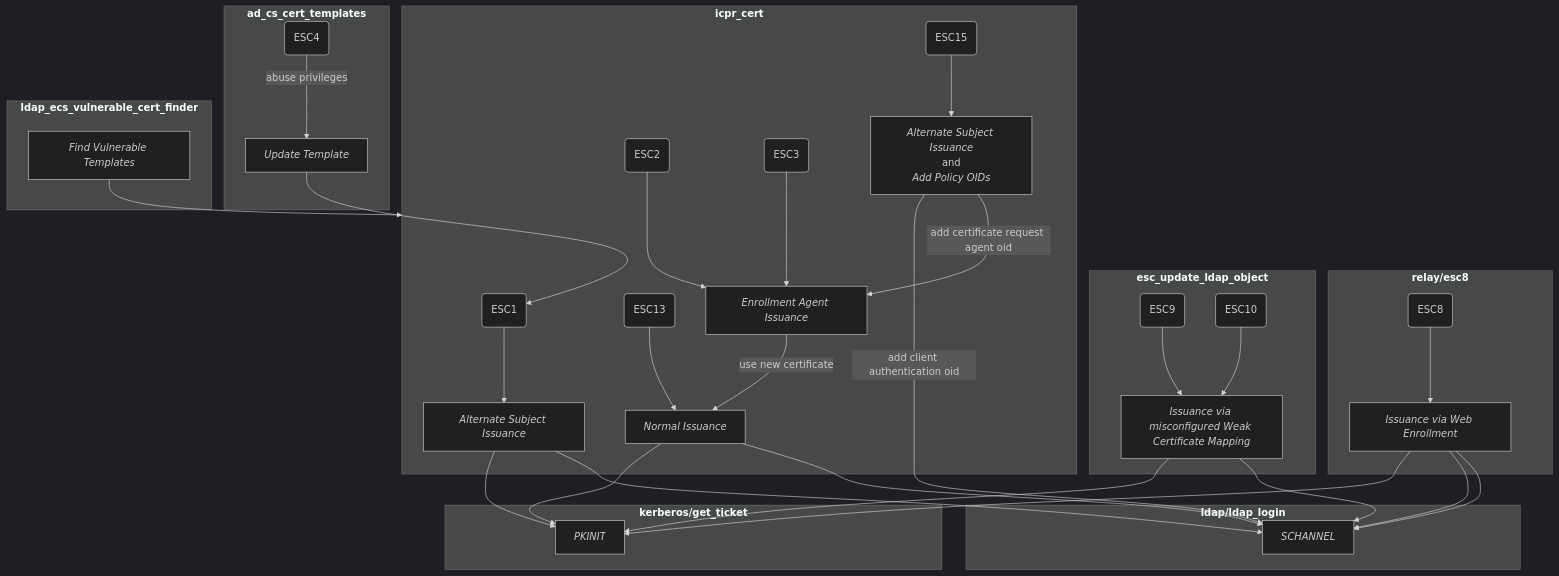
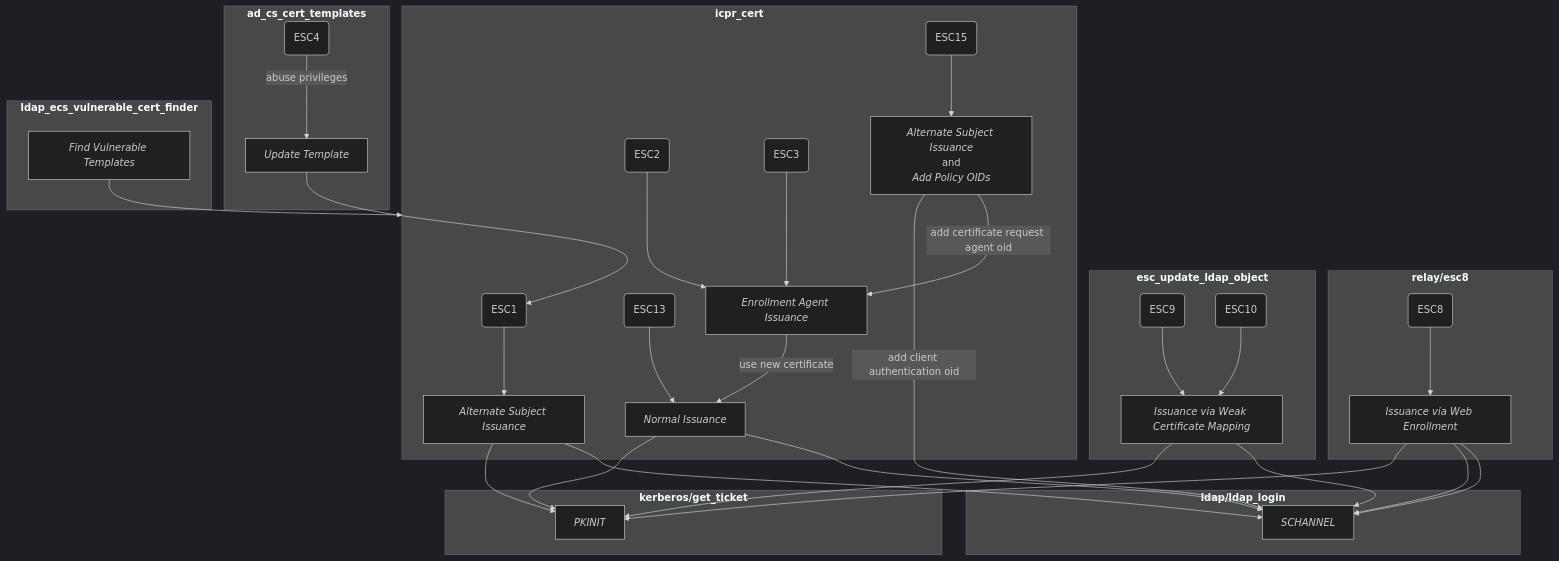
The first of 2 diagrams in docs/metasploit-framework.wiki/ad-certificates/Attacking-AD-CS-ESC-Vulnerabilities.md (rapid7/metasploit-framework), drawn with Mermaid (dark theme) before and after one commit.

````diff
--- a/docs/metasploit-framework.wiki/ad-certificates/Attacking-AD-CS-ESC-Vulnerabilities.md
+++ b/docs/metasploit-framework.wiki/ad-certificates/Attacking-AD-CS-ESC-Vulnerabilities.md
@@ -6,56 +6,56 @@
 ```mermaid
 flowchart TD
     subgraph ad_cs_cert_templates[<b>ad_cs_cert_templates</b>]
         ESC4(ESC4)
         update_template[<i>Update Template</i>]
         ESC4 -- abuse privileges --> update_template
     end
     subgraph relay/esc8[<b>relay/esc8</b>]
         ESC8(ESC8)
         ESC8 --> web_enrollment[<i>Issuance via Web Enrollment</i>]
     end
     subgraph esc_update_ldap_object[<b>esc_update_ldap_object</b>]
-        ESC9(ESC9) --> weak_certificate_mapping[<i>Issuance via misconfigured Weak Certificate Mapping</i>]
-        ESC10(ESC10) --> weak_certificate_mapping[<i>Issuance via misconfigured Weak Certificate Mapping</i>]
+        ESC9(ESC9) --> weak_certificate_mapping[<i>Issuance via Weak Certificate Mapping</i>]
+        ESC10(ESC10) --> weak_certificate_mapping[<i>Issuance via Weak Certificate Mapping</i>]
     end
     subgraph icpr_cert[<b>icpr_cert</b>]
         ESC1(ESC1)
         ESC2(ESC2)
         ESC3(ESC3)
         ESC13(ESC13)
         ESC15(ESC15)
         alt_subject[<i>Alternate Subject Issuance</i>]
         add_policies[<i>Alternate Subject Issuance</i><br>and<br><i>Add Policy OIDs</i>]
         as_eagent[<i>Enrollment Agent Issuance</i>]
         normal[<i>Normal Issuance</i>]
 
         ESC1 --> alt_subject
         ESC2 --> as_eagent
         ESC3 --> as_eagent
         ESC13 --> normal
         ESC15 --> add_policies
         as_eagent -- use new certificate --> normal
     end
     subgraph kerberos/get_ticket[<b>kerberos/get_ticket</b>]
         PKINIT[<i>PKINIT</i>]
     end
     subgraph ldap/ldap_login[<b>ldap/ldap_login</b>]
         SCHANNEL[<i>SCHANNEL</i>]
     end
     subgraph ldap_esc_vulnerable_cert_finder[<b>ldap_ecs_vulnerable_cert_finder</b>]
         find_vulnerable_templates[<i>Find Vulnerable Templates</i>]
     end
     add_policies -- add client authentication oid --> SCHANNEL
     add_policies -- add certificate request agent oid --> as_eagent
     alt_subject --> PKINIT
     alt_subject --> SCHANNEL
     find_vulnerable_templates --> icpr_cert
     normal --> PKINIT
     normal --> SCHANNEL
     update_template --> ESC1
     web_enrollment --> PKINIT
     web_enrollment --> SCHANNEL
     web_enrollment --> SCHANNEL
     weak_certificate_mapping --> PKINIT
     weak_certificate_mapping --> SCHANNEL
 ```
````
